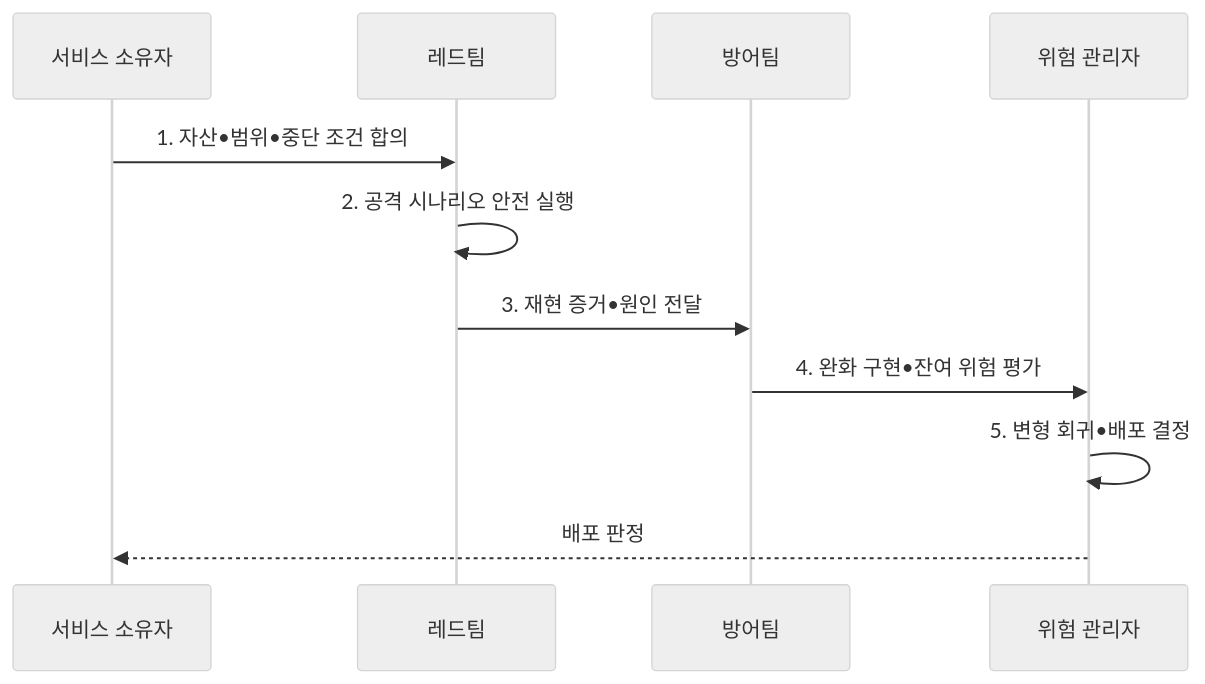
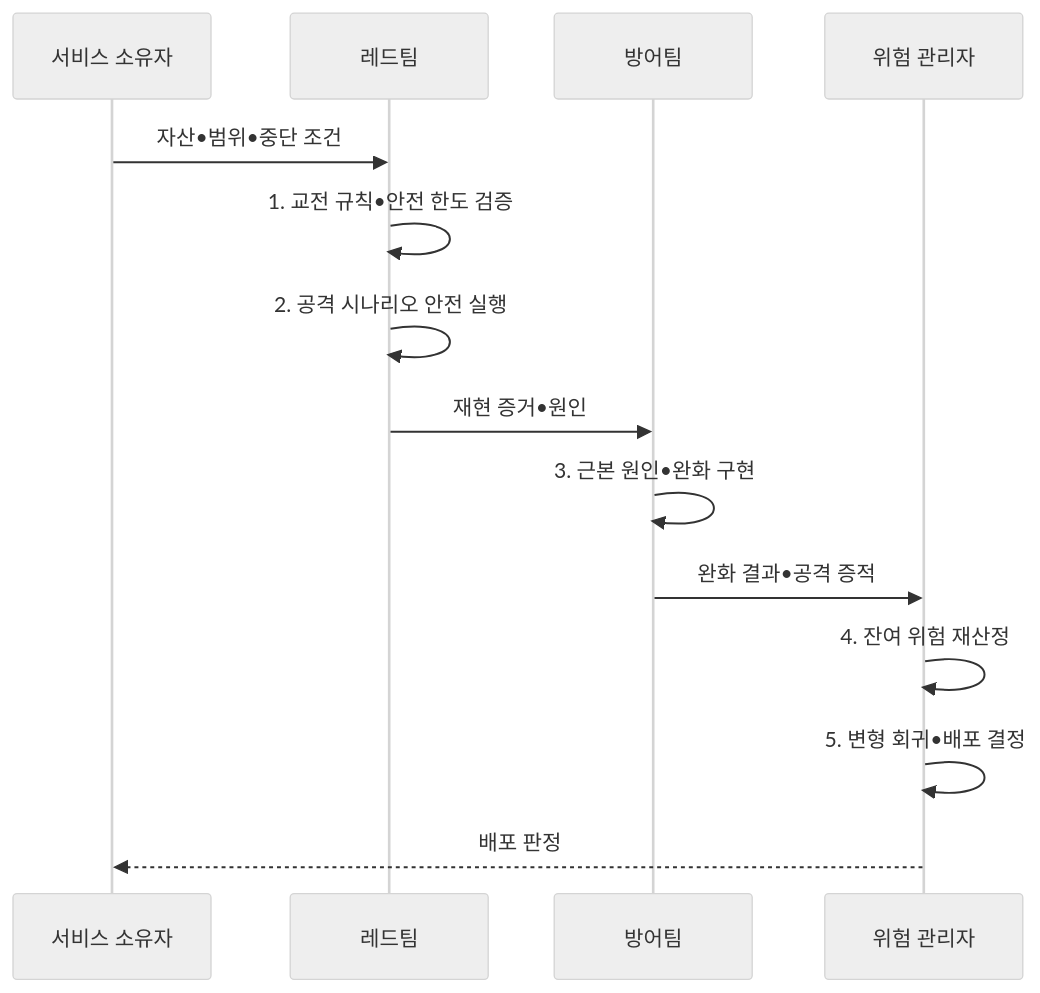
Before and after one commit to agnusdei1207/knowledge-base: the second of 2 diagrams in src/content/docs/notes/05-security/089_ai_red_teaming.md, drawn with Mermaid (neutral theme). The commit also changed other lines of this file and 14 other files, not shown here.

````diff
--- a/src/content/docs/notes/05-security/089_ai_red_teaming.md
+++ b/src/content/docs/notes/05-security/089_ai_red_teaming.md
@@ -100,13 +100,16 @@
 ```mermaid
 sequenceDiagram
     participant O as 서비스 소유자
     participant R as 레드팀
     participant D as 방어팀
     participant G as 위험 관리자
-    O->>R: 1. 자산•범위•중단 조건 합의
+    O->>R: 자산•범위•중단 조건
+    R->>R: 1. 교전 규칙•안전 한도 검증
     R->>R: 2. 공격 시나리오 안전 실행
-    R->>D: 3. 재현 증거•원인 전달
-    D->>G: 4. 완화 구현•잔여 위험 평가
+    R->>D: 재현 증거•원인
+    D->>D: 3. 근본 원인•완화 구현
+    D->>G: 완화 결과•공격 증적
+    G->>G: 4. 잔여 위험 재산정
     G->>G: 5. 변형 회귀•배포 결정
     G-->>O: 배포 판정
 ```
````
